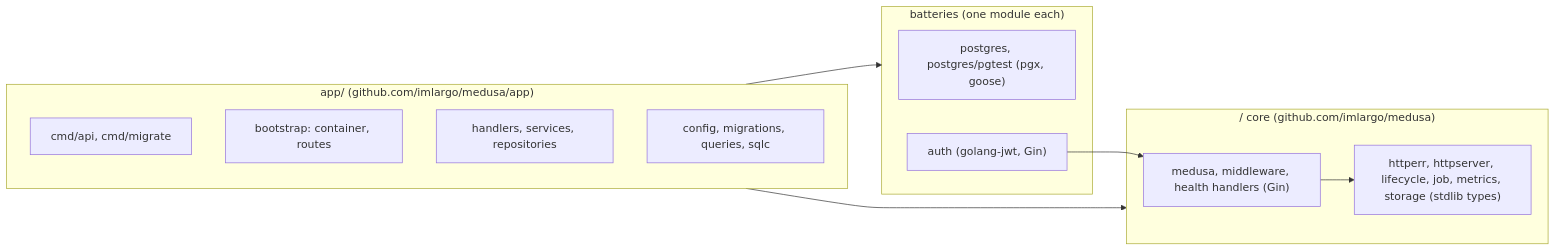
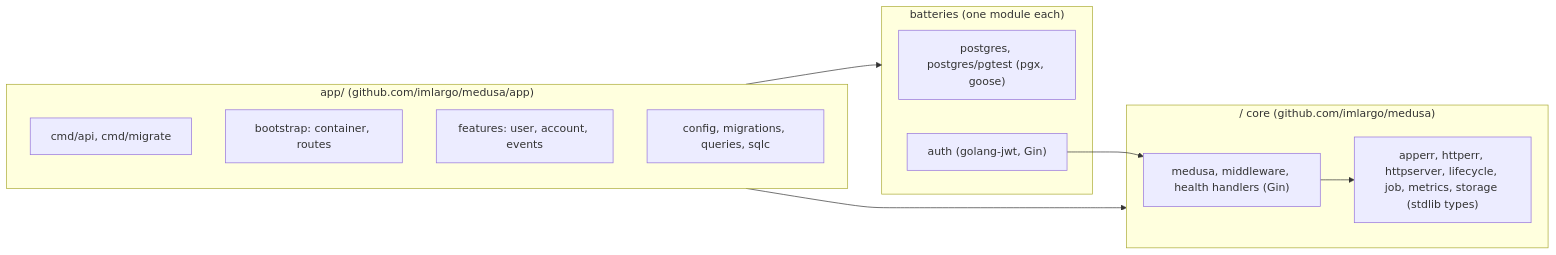
Before and after one commit to imlargo/medusa: the first of 4 diagrams in docs/architecture.md, drawn with Mermaid. The commit also changed other lines of this file and 4 other files, not shown here.

````diff
--- a/docs/architecture.md
+++ b/docs/architecture.md
@@ -7,21 +7,21 @@
 ```mermaid
 flowchart LR
     subgraph app["app/ (github.com/imlargo/medusa/app)"]
         cmd["cmd/api, cmd/migrate"]
         bootstrap["bootstrap: container, routes"]
-        domain["handlers, services, repositories"]
+        features["features: user, account, events"]
         infra["config, migrations, queries, sqlc"]
     end
     subgraph batteries["batteries (one module each)"]
         pg["postgres, postgres/pgtest (pgx, goose)"]
         auth["auth (golang-jwt, Gin)"]
     end
     subgraph medusa["/ core (github.com/imlargo/medusa)"]
         edge["medusa, middleware, health handlers (Gin)"]
-        core["httperr, httpserver, lifecycle, job, metrics, storage (stdlib types)"]
+        core["apperr, httperr, httpserver, lifecycle, job, metrics, storage (stdlib types)"]
     end
     app --> batteries
     app --> medusa
     auth --> edge
     edge --> core
 ```
````
